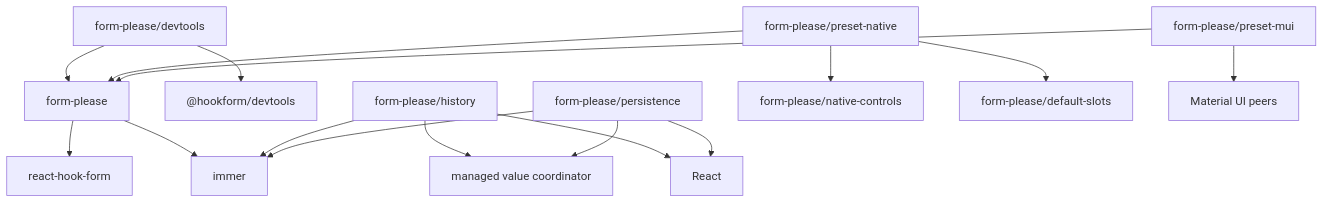
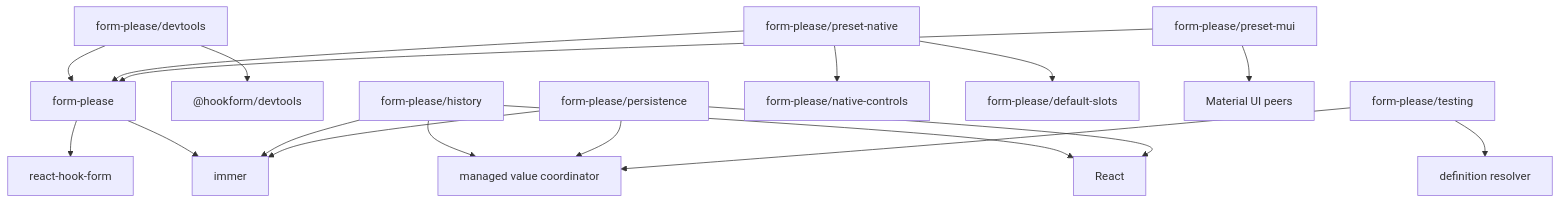
Before and after one commit to r13v/form-please: the diagram in docs/ARCHITECTURE.md, drawn with Mermaid. The commit also changed other lines of this file and 55 other files, not shown here.

````diff
--- a/docs/ARCHITECTURE.md
+++ b/docs/ARCHITECTURE.md
@@ -26,18 +26,20 @@
 ```mermaid
 flowchart TD
     Root["form-please"] --> RHF["react-hook-form"]
     Root --> Immer["immer"]
     Devtools["form-please/devtools"] --> Root
     Devtools --> RhfDevtools["@hookform/devtools"]
     History["form-please/history"] --> Coordinator["managed value coordinator"]
     History --> Immer
     History --> React
     Persistence["form-please/persistence"] --> Coordinator
     Persistence --> Immer
     Persistence --> React
     NativePreset["form-please/preset-native"] --> Root
     NativePreset --> NativeControls["form-please/native-controls"]
     NativePreset --> DefaultSlots["form-please/default-slots"]
     MuiPreset["form-please/preset-mui"] --> Root
     MuiPreset --> Mui["Material UI peers"]
+    Testing["form-please/testing"] --> DefinitionResolver["definition resolver"]
+    Testing --> Coordinator
 ```
````
